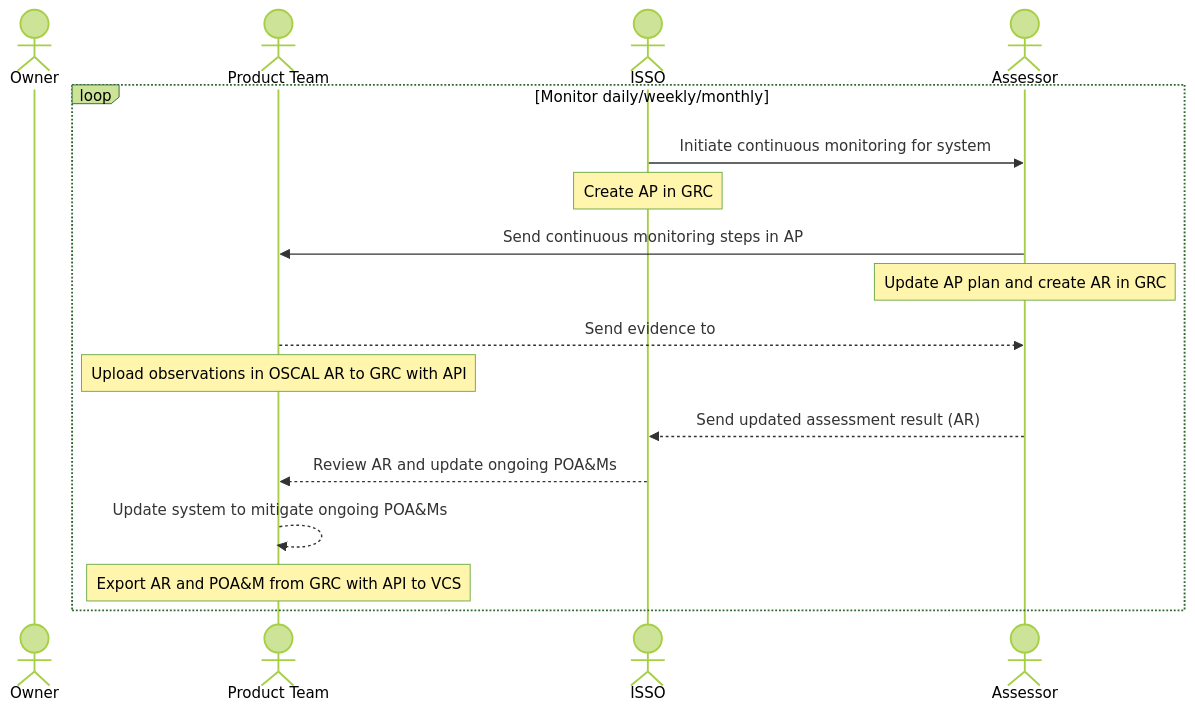
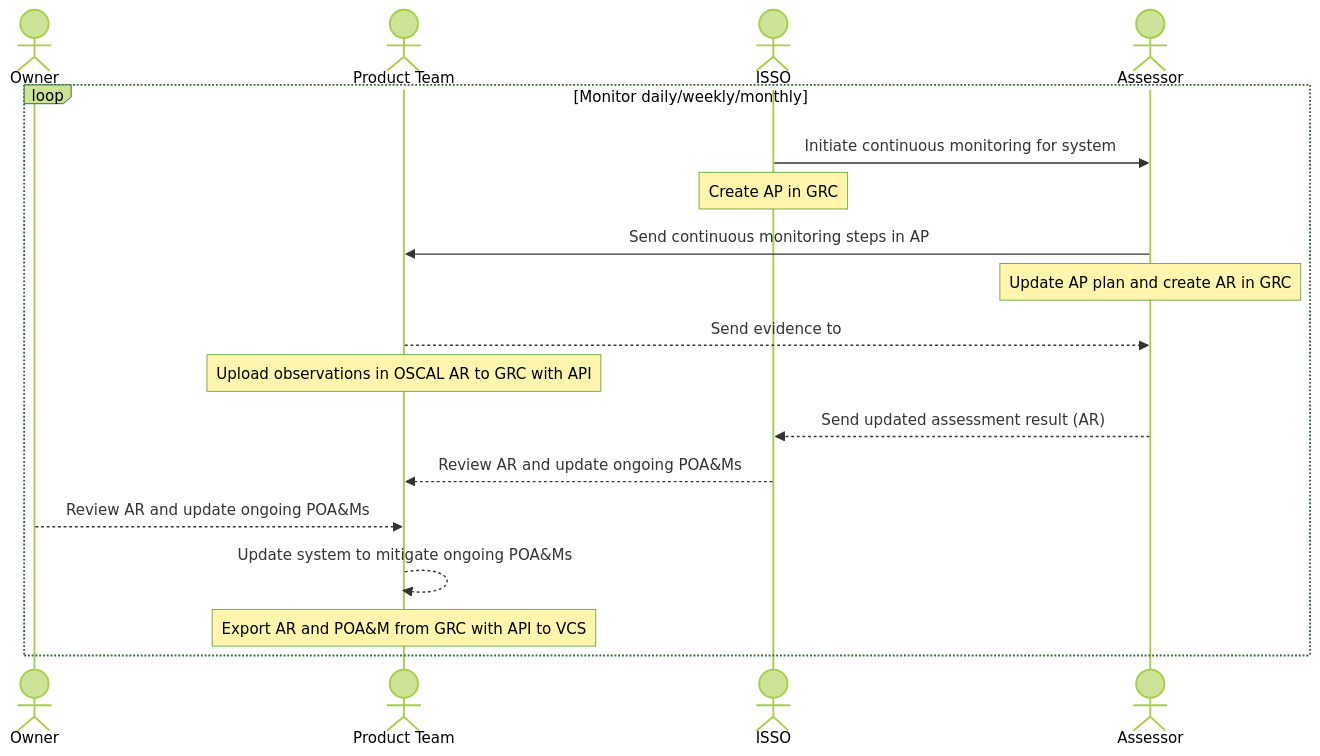
The diagram in docs/support/rmf7_monitor.mermaid (aj-stein-nist/oscal-2023-workshop), drawn with Mermaid (forest theme) before and after one commit. The commit also changed 2 other files, not shown here.

Commit message:
Updated diagram + partial profile demo
* Updated the "monitor" diagrams with Chris' guidance.
* Partially fleshed out the profile demo

```diff
--- a/docs/support/rmf7_monitor.mermaid
+++ b/docs/support/rmf7_monitor.mermaid
@@ -1,17 +1,18 @@
 sequenceDiagram
     actor Owner
     actor Product Team
     actor ISSO
     actor Assessor
     loop Monitor daily/weekly/monthly
         ISSO->>Assessor: Initiate continuous monitoring for system
         Note over ISSO: Create AP in GRC
         Assessor->>Product Team: Send continuous monitoring steps in AP
         Note over Assessor: Update AP plan and create AR in GRC
         Product Team-->>Assessor: Send evidence to 
         Note over Product Team: Upload observations in OSCAL AR to GRC with API
         Assessor-->>ISSO: Send updated assessment result (AR)
         ISSO-->>Product Team: Review AR and update ongoing POA&Ms
+        Owner-->>Product Team: Review AR and update ongoing POA&Ms
         Product Team-->>Product Team: Update system to mitigate ongoing POA&Ms
         Note over Product Team: Export AR and POA&M from GRC with API to VCS
     end
```
